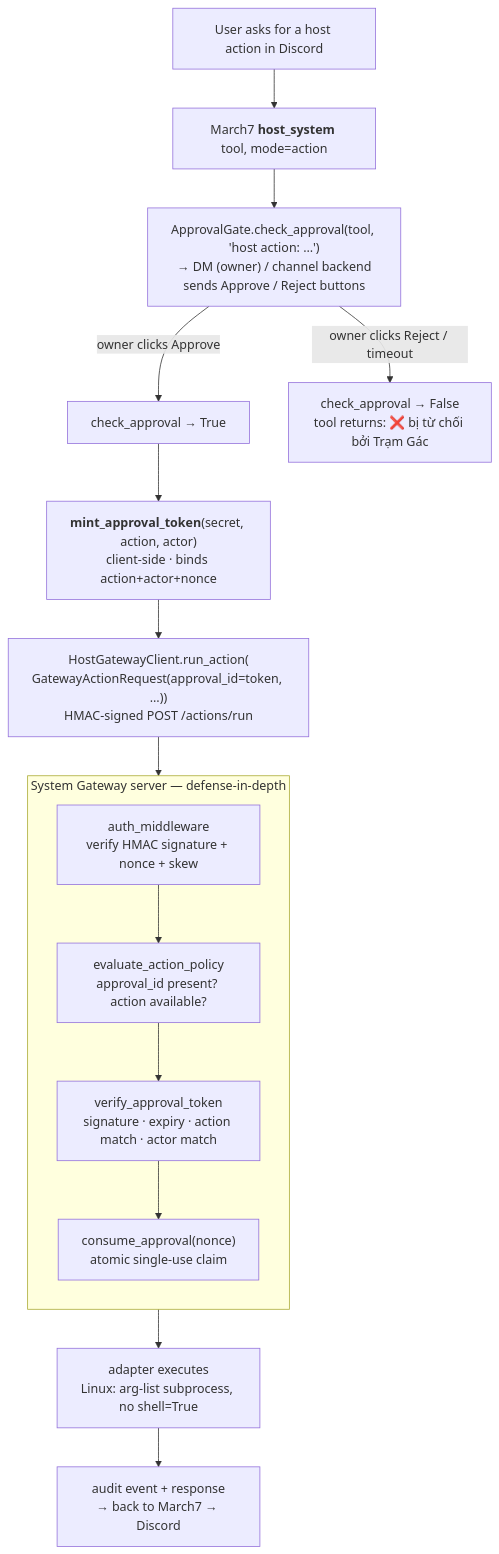
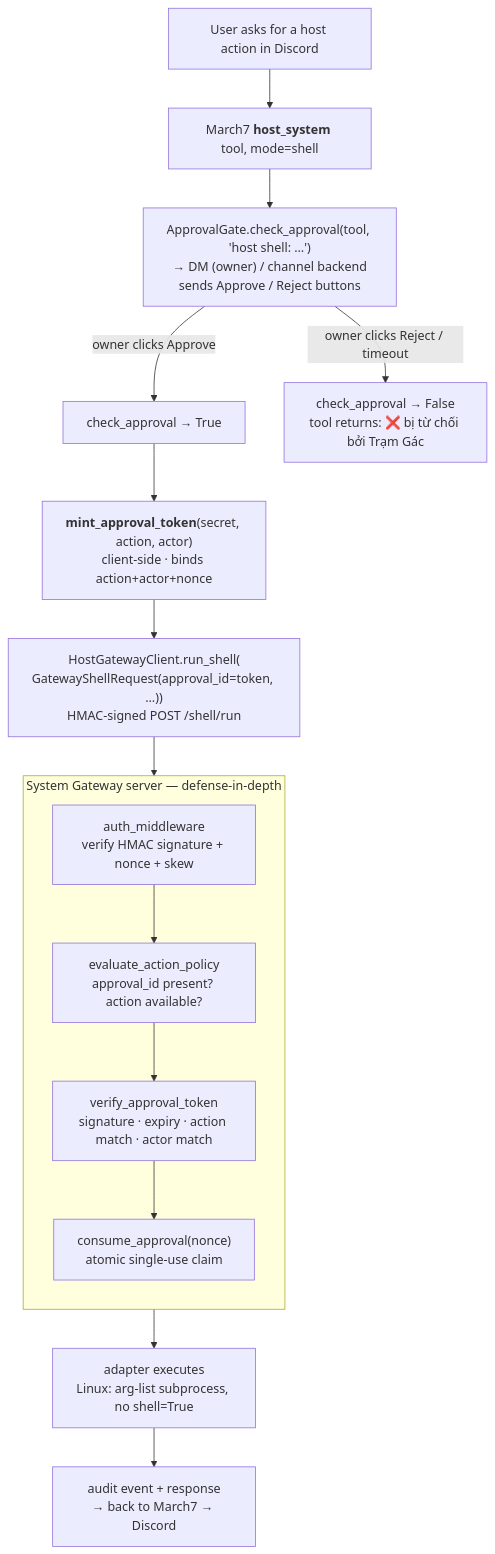
The second of 2 diagrams in ARCHITECTURE.md (Flowerf19/Harness_agent), drawn with Mermaid before and after one commit. The commit also changed other lines of this file and 51 other files, not shown here.

````diff
--- a/ARCHITECTURE.md
+++ b/ARCHITECTURE.md
@@ -237,25 +221,25 @@
 ```mermaid
 flowchart TD
     U["User asks for a host action in Discord"]
-    T["March7 <b>host_system</b> tool, mode=action"]
-    AG["ApprovalGate.check_approval(tool, 'host action: …')<br/>→ DM (owner) / channel backend<br/>sends Approve / Reject buttons"]
+    T["March7 <b>host_system</b> tool, mode=shell"]
+    AG["ApprovalGate.check_approval(tool, 'host shell: …')<br/>→ DM (owner) / channel backend<br/>sends Approve / Reject buttons"]
     U --> T --> AG
     AG -->|owner clicks Approve| OK["check_approval → True"]
     AG -->|owner clicks Reject / timeout| NO["check_approval → False<br/>tool returns: ❌ bị từ chối bởi Trạm Gác"]
 
     OK --> MINT["<b>mint_approval_token</b>(secret, action, actor)<br/>client-side · binds action+actor+nonce"]
-    MINT --> CALL["HostGatewayClient.run_action(<br/>GatewayActionRequest(approval_id=token, …))<br/>HMAC-signed POST /actions/run"]
+    MINT --> CALL["HostGatewayClient.run_shell(<br/>GatewayShellRequest(approval_id=token, …))<br/>HMAC-signed POST /shell/run"]
     CALL --> SRV
 
     subgraph SRV["System Gateway server — defense-in-depth"]
         direction TB
         A1["auth_middleware<br/>verify HMAC signature + nonce + skew"]
         A2["evaluate_action_policy<br/>approval_id present? action available?"]
         A3["verify_approval_token<br/>signature · expiry · action match · actor match"]
         A4["consume_approval(nonce)<br/>atomic single-use claim"]
         A1 --> A2 --> A3 --> A4
     end
 
     A4 --> EXEC["adapter executes<br/>Linux: arg-list subprocess, no shell=True"]
     EXEC --> AUD["audit event + response<br/>→ back to March7 → Discord"]
 ```
````
